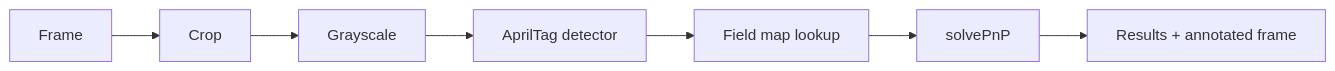
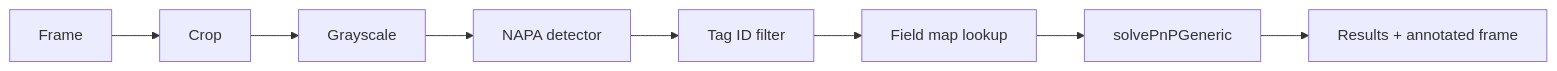
One commit to DanPeled/Synapse changed the diagram in docs/usage/built-in-pipelines/apriltag-pipeline/README.md. Above: the diagram before and after it, drawn with Mermaid. The commit also changed other lines of this file and 20 other files, not shown here.

````diff
--- a/docs/usage/built-in-pipelines/apriltag-pipeline/README.md
+++ b/docs/usage/built-in-pipelines/apriltag-pipeline/README.md
@@ -33,9 +34,10 @@
 ```mermaid
 flowchart LR
     F[Frame] --> C[Crop]
     C --> G[Grayscale]
-    G --> D[AprilTag detector]
-    D --> M[Field map lookup]
-    M --> P[solvePnP]
+    G --> D[NAPA detector]
+    D --> T[Tag ID filter]
+    T --> M[Field map lookup]
+    M --> P[solvePnPGeneric]
     P --> R[Results + annotated frame]
 ```
````
